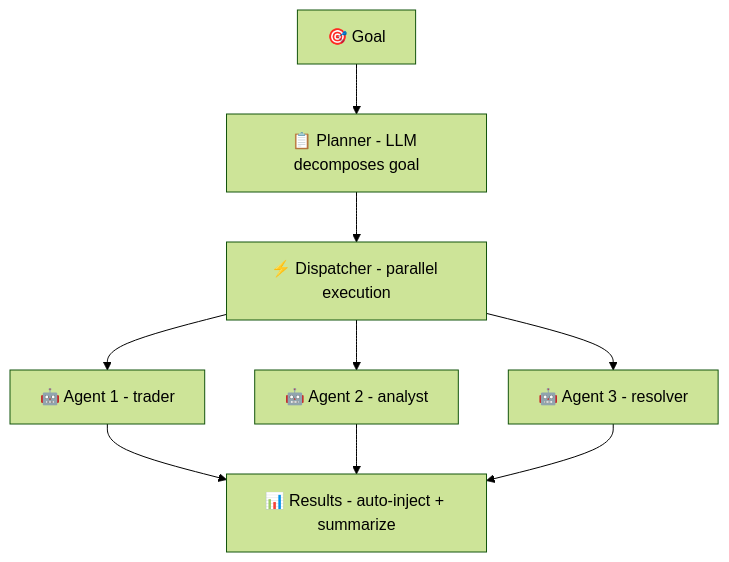
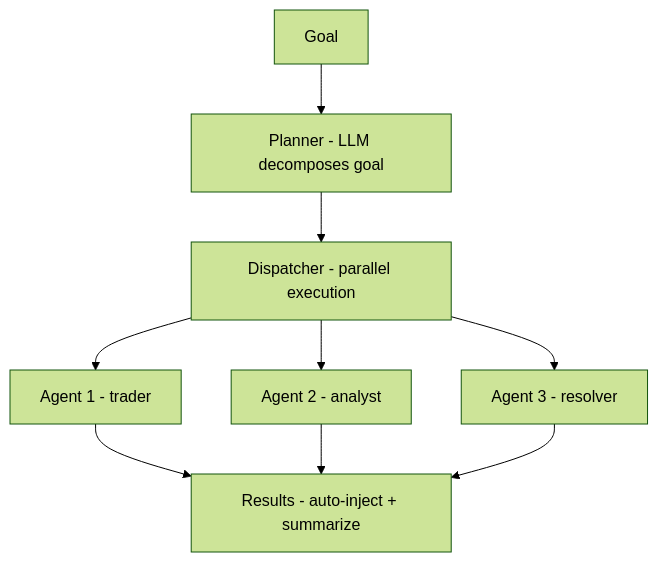
One commit to Andy00L/ton-agent-kit changed the fourth of 4 diagrams in README.md. Above: the diagram before and after it, drawn with Mermaid (forest theme). The commit also changed other lines of this file and 1 other file, not shown here.

````diff
--- a/README.md
+++ b/README.md
@@ -813,11 +833,11 @@
 ```mermaid
 flowchart TD
-    G[🎯 Goal] --> PL[📋 Planner - LLM decomposes goal]
-    PL --> DP[⚡ Dispatcher - parallel execution]
-    DP --> A1[🤖 Agent 1 - trader]
-    DP --> A2[🤖 Agent 2 - analyst]
-    DP --> A3[🤖 Agent 3 - resolver]
-    A1 --> R[📊 Results - auto-inject + summarize]
+    G[Goal] --> PL[Planner - LLM decomposes goal]
+    PL --> DP[Dispatcher - parallel execution]
+    DP --> A1[Agent 1 - trader]
+    DP --> A2[Agent 2 - analyst]
+    DP --> A3[Agent 3 - resolver]
+    A1 --> R[Results - auto-inject + summarize]
     A2 --> R
     A3 --> R
 ```
````
